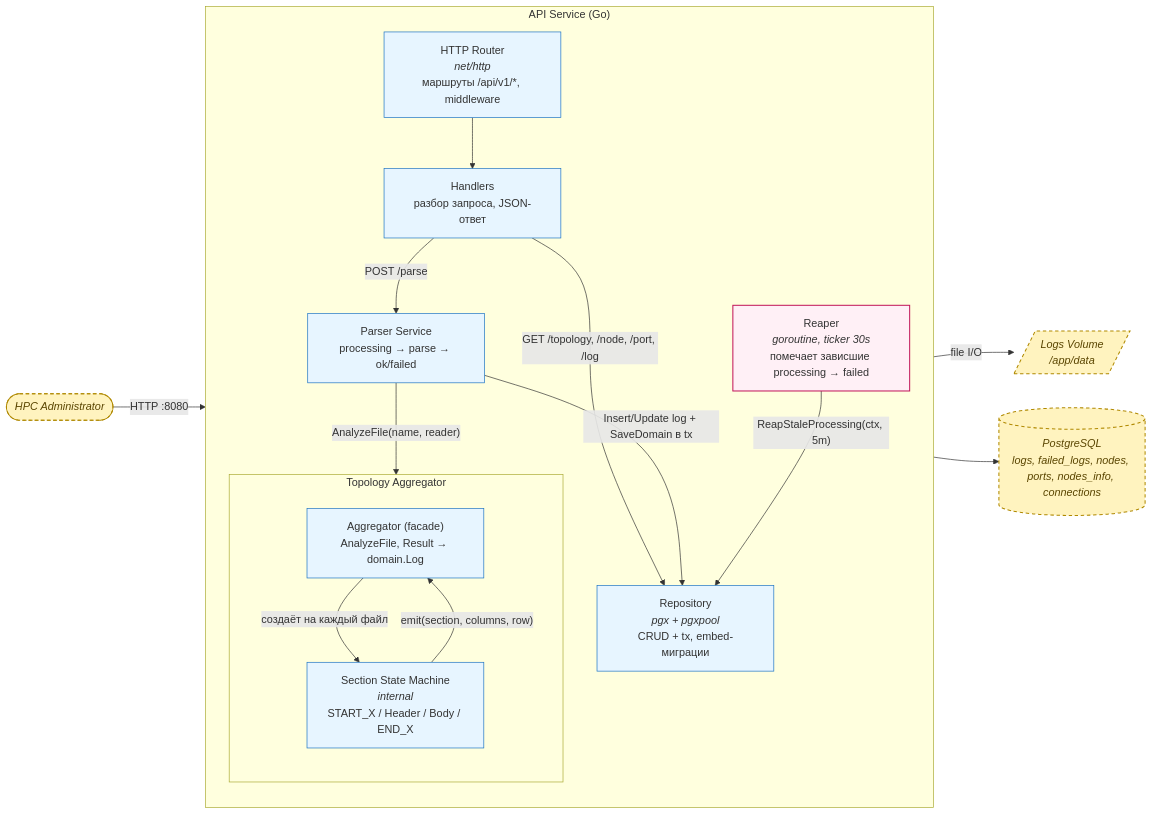
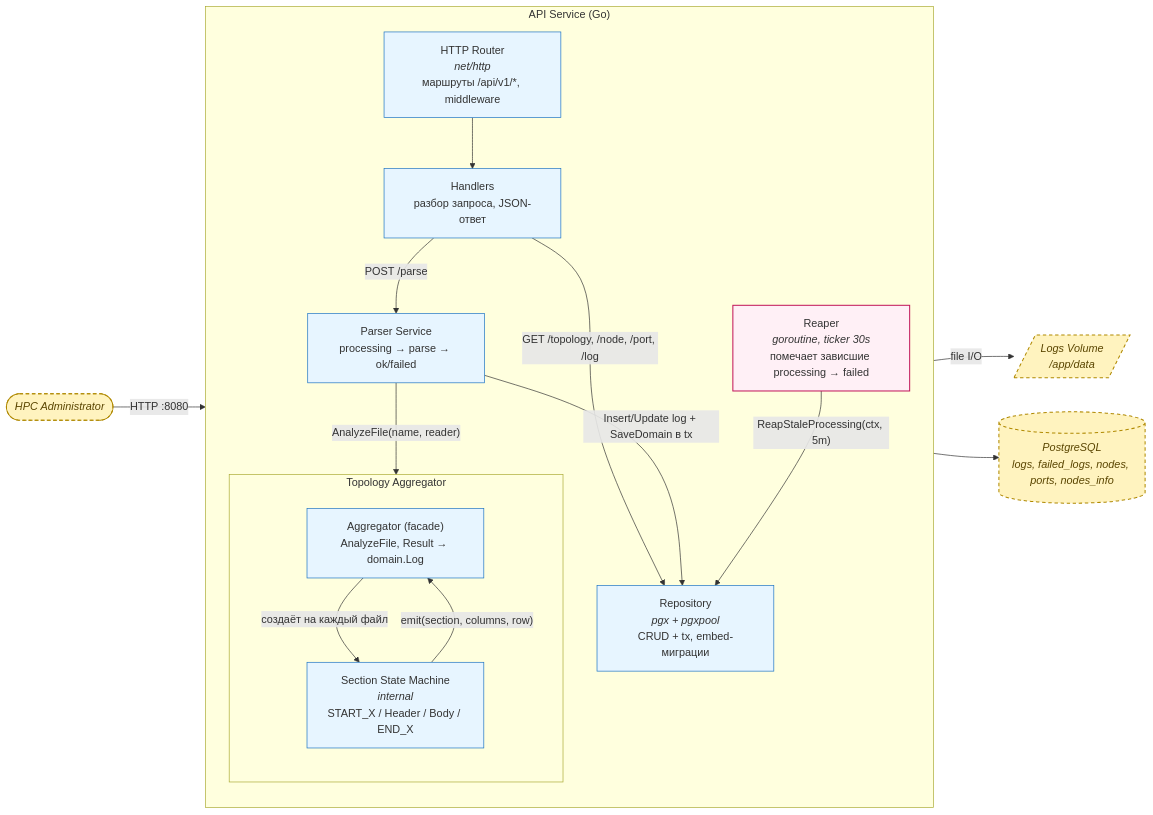
One commit to 6ermvH/log-parser changed the diagram in docs/c3-components.md. Above: the diagram before and after it, drawn with Mermaid. The commit also changed 2 other files, not shown here.

Commit message:
docs(c3-components, erd, sequences): remove connections entity

````diff
--- a/docs/c3-components.md
+++ b/docs/c3-components.md
@@ -3,41 +3,41 @@
 ```mermaid
 flowchart LR
     admin(["HPC Administrator"])
-    db[("PostgreSQL<br/>logs, failed_logs, nodes, ports, nodes_info, connections")]
+    db[("PostgreSQL<br/>logs, failed_logs, nodes, ports, nodes_info")]
     fs[/"Logs Volume<br/>/app/data"/]
 
     subgraph api["API Service (Go)"]
         direction TB
         router["HTTP Router<br/><i>net/http</i><br/>маршруты /api/v1/*, middleware"]
         handlers["Handlers<br/>разбор запроса, JSON-ответ"]
         parserSvc["Parser Service<br/>processing → parse → ok/failed"]
 
         subgraph agg["Topology Aggregator"]
             direction TB
             aggFacade["Aggregator (facade)<br/>AnalyzeFile, Result → domain.Log"]
             sm["Section State Machine<br/><i>internal</i><br/>START_X / Header / Body / END_X"]
         end
 
         reaper["Reaper<br/><i>goroutine, ticker 30s</i><br/>помечает зависшие processing → failed"]
         repo["Repository<br/><i>pgx + pgxpool</i><br/>CRUD + tx, embed-миграции"]
     end
 
     admin -- "HTTP :8080" --> router
     router --> handlers
     handlers -- "POST /parse" --> parserSvc
     handlers -- "GET /topology, /node, /port, /log" --> repo
     parserSvc -- "file I/O" --> fs
     parserSvc -- "AnalyzeFile(name, reader)" --> aggFacade
     aggFacade -- "создаёт на каждый файл" --> sm
     sm -- "emit(section, columns, row)" --> aggFacade
     parserSvc -- "Insert/Update log + SaveDomain в tx" --> repo
     reaper -- "ReapStaleProcessing(ctx, 5m)" --> repo
     repo --> db
 
     classDef ext fill:#fff3bf,stroke:#b08900,stroke-width:1.5px,stroke-dasharray:5 4,color:#5a4500,font-style:italic
     classDef internal fill:#e7f5ff,stroke:#1971c2
     classDef worker fill:#fff0f6,stroke:#c2185b,stroke-width:1.5px
     class admin,db,fs ext
     class router,handlers,parserSvc,aggFacade,sm,repo internal
     class reaper worker
 ```
````
